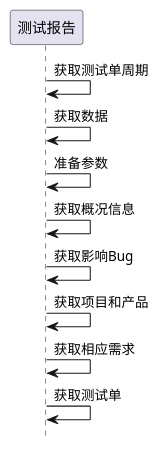
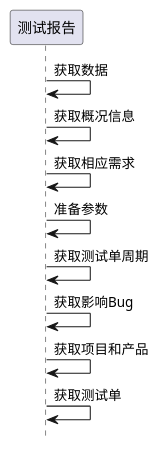
One commit to zj335841911/nt_chandao changed the sixth of 9 diagrams in ibizpms-docs/src/main/doc/v1/module/zentao/TestReport_old.md. Above: the diagram before and after it, drawn with PlantUML. The commit also changed other lines of this file and 2125 other files, not shown here.

```diff
--- a/ibizpms-docs/src/main/doc/v1/module/zentao/TestReport_old.md
+++ b/ibizpms-docs/src/main/doc/v1/module/zentao/TestReport_old.md
@@ -257,12 +257,12 @@
 {% plantuml %}
 hide footbox
 
+测试报告 -> 测试报告: 获取数据
+测试报告 -> 测试报告: 获取概况信息
+测试报告 -> 测试报告: 获取相应需求
+测试报告 -> 测试报告: 准备参数
 测试报告 -> 测试报告: 获取测试单周期
-测试报告 -> 测试报告: 获取数据
-测试报告 -> 测试报告: 准备参数
-测试报告 -> 测试报告: 获取概况信息
 测试报告 -> 测试报告: 获取影响Bug
 测试报告 -> 测试报告: 获取项目和产品
-测试报告 -> 测试报告: 获取相应需求
 测试报告 -> 测试报告: 获取测试单
 {% endplantuml %}
```
